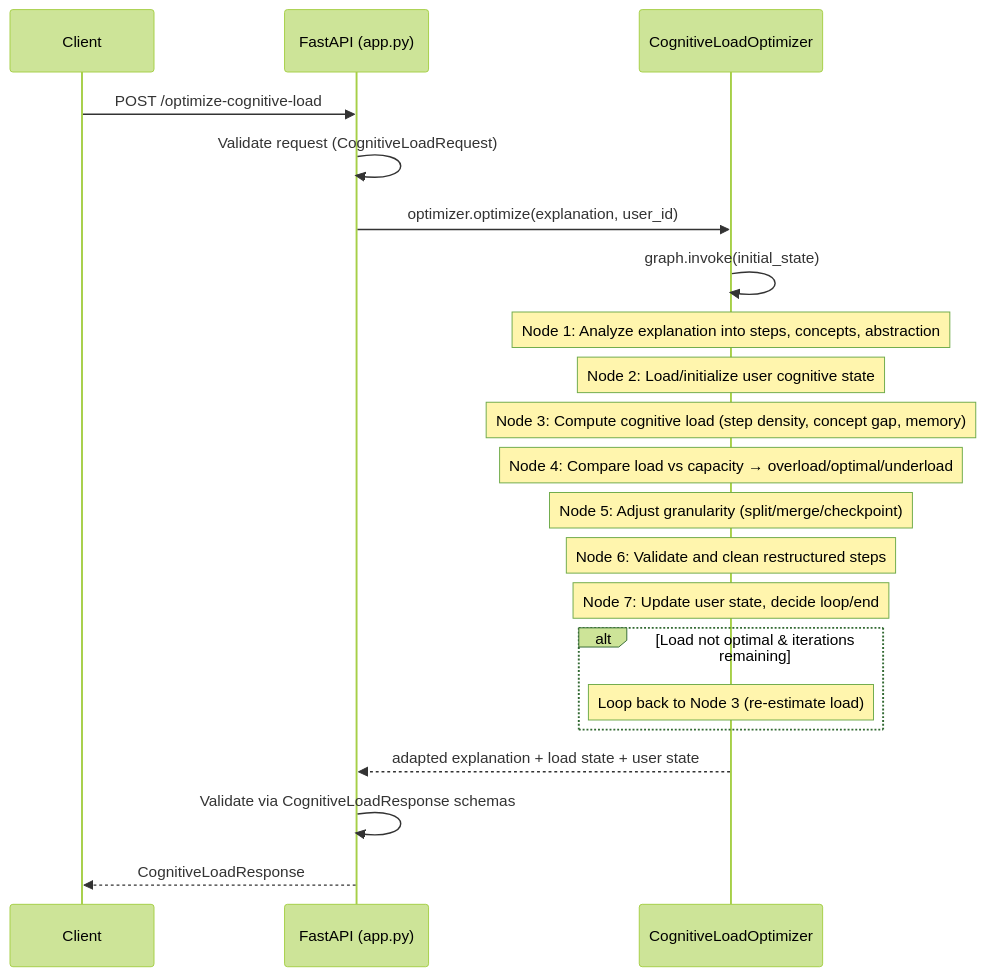
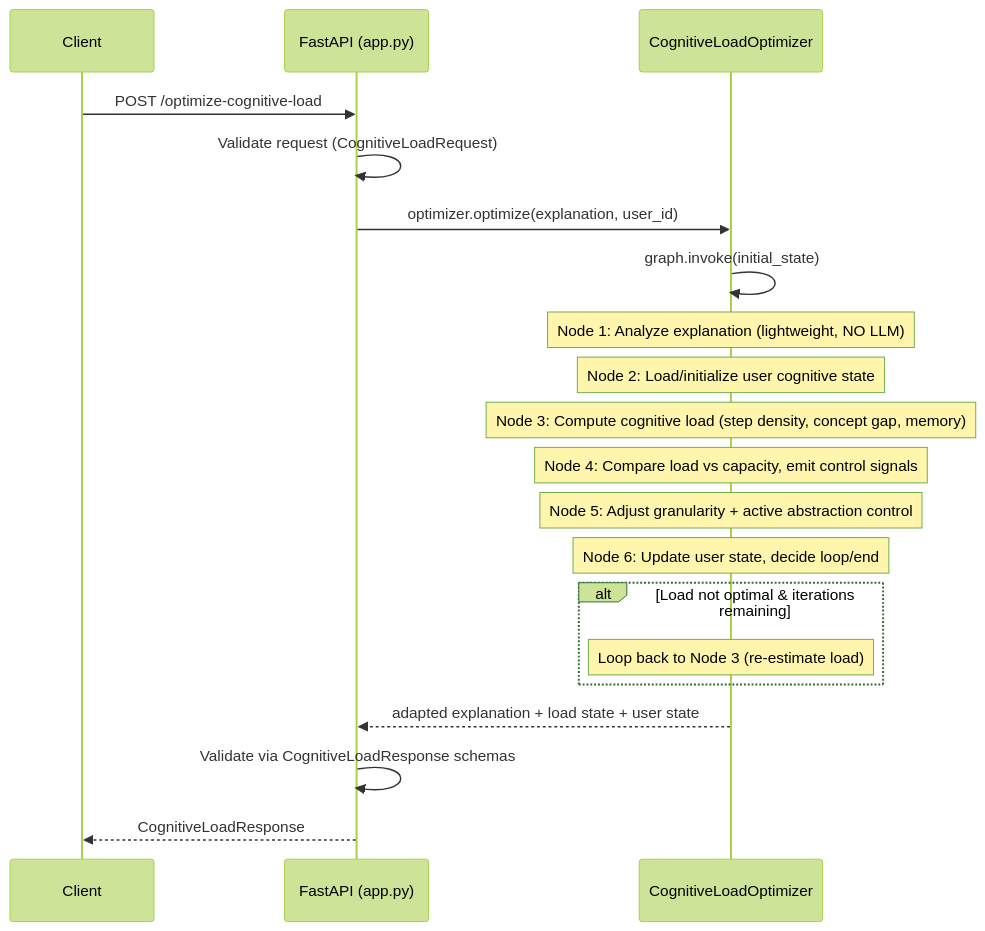
The fifth of 5 diagrams in backend/README.md (chandankumar123456/evilearn), drawn with Mermaid (forest theme) before and after one commit. The commit also changed 3 other files, not shown here.

First line of the commit message:
Update all READMEs: reflect 6-node architecture, no LLM, active abstraction control, control signals

````diff
--- a/backend/README.md
+++ b/backend/README.md
@@ -526,24 +526,23 @@
 ```mermaid
 sequenceDiagram
     participant Client
     participant FastAPI as FastAPI (app.py)
     participant CLO as CognitiveLoadOptimizer
 
     Client->>FastAPI: POST /optimize-cognitive-load
     FastAPI->>FastAPI: Validate request (CognitiveLoadRequest)
     FastAPI->>CLO: optimizer.optimize(explanation, user_id)
     CLO->>CLO: graph.invoke(initial_state)
-    Note over CLO: Node 1: Analyze explanation into steps, concepts, abstraction
+    Note over CLO: Node 1: Analyze explanation (lightweight, NO LLM)
     Note over CLO: Node 2: Load/initialize user cognitive state
     Note over CLO: Node 3: Compute cognitive load (step density, concept gap, memory)
-    Note over CLO: Node 4: Compare load vs capacity → overload/optimal/underload
-    Note over CLO: Node 5: Adjust granularity (split/merge/checkpoint)
-    Note over CLO: Node 6: Validate and clean restructured steps
-    Note over CLO: Node 7: Update user state, decide loop/end
+    Note over CLO: Node 4: Compare load vs capacity, emit control signals
+    Note over CLO: Node 5: Adjust granularity + active abstraction control
+    Note over CLO: Node 6: Update user state, decide loop/end
     alt Load not optimal & iterations remaining
         Note over CLO: Loop back to Node 3 (re-estimate load)
     end
     CLO-->>FastAPI: adapted explanation + load state + user state
     FastAPI->>FastAPI: Validate via CognitiveLoadResponse schemas
     FastAPI-->>Client: CognitiveLoadResponse
 ```
````
